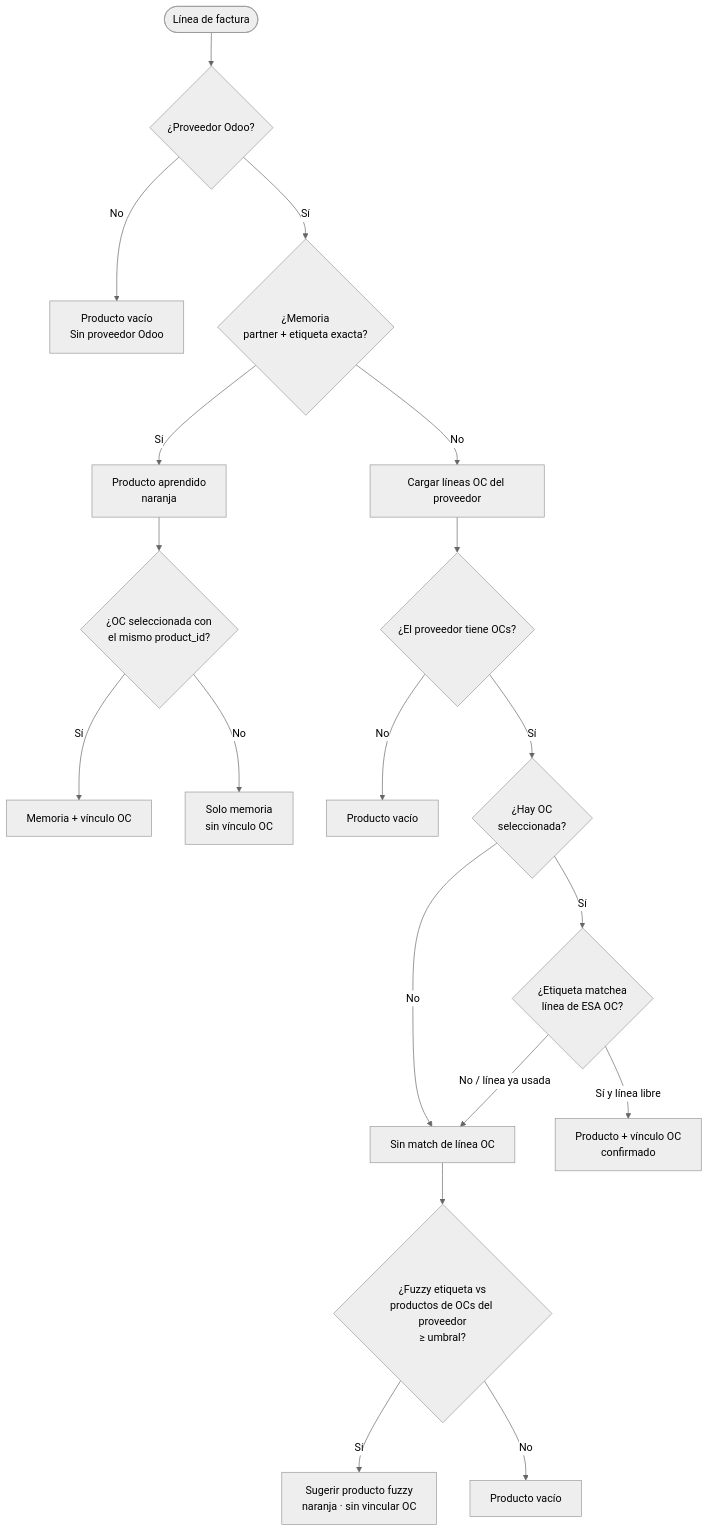
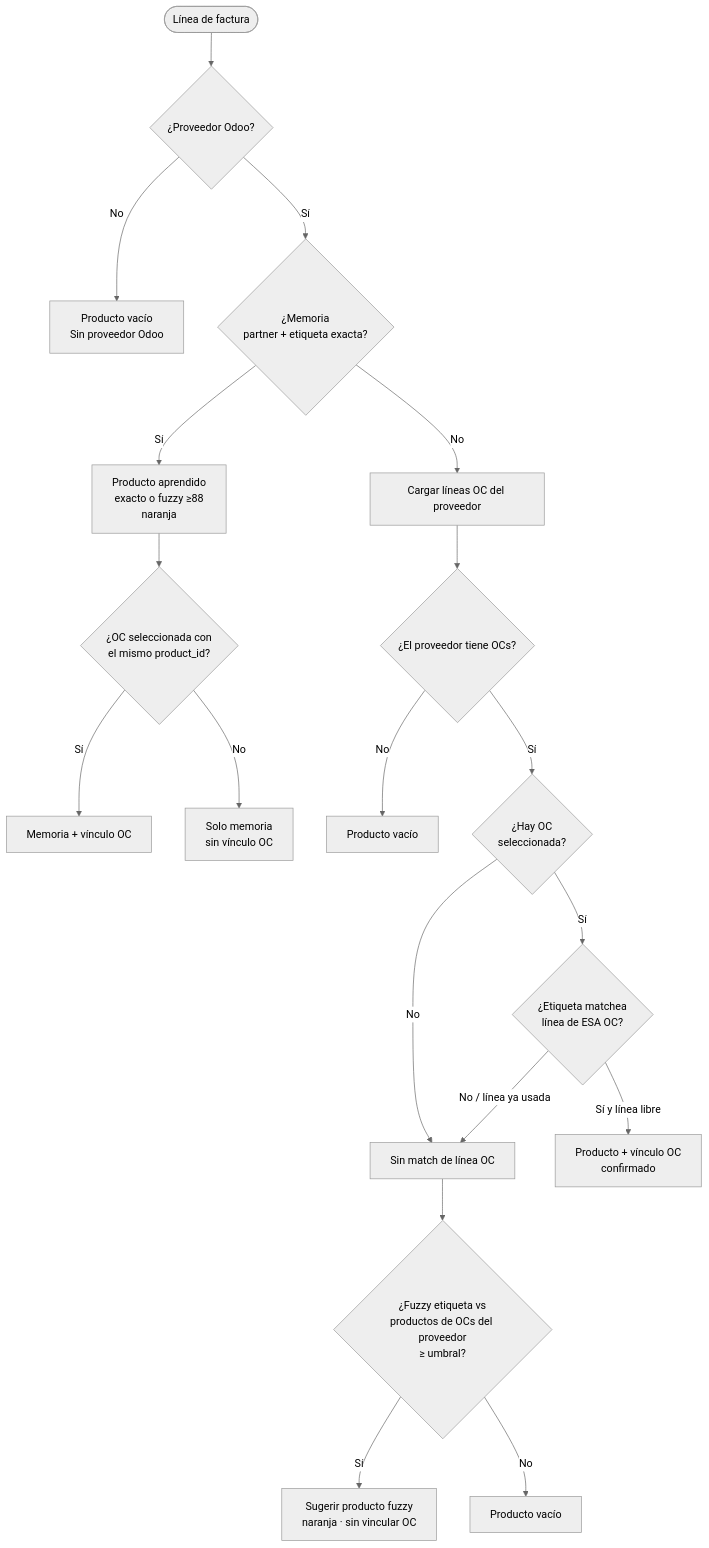
Before and after one commit to LezanaMauricioSebastian/facturias_matching: the second of 2 diagrams in docs/README.md, drawn with Mermaid (neutral theme). The commit also changed 3 other files, not shown here.

````diff
--- a/docs/README.md
+++ b/docs/README.md
@@ -105,21 +105,21 @@
 ```mermaid
 flowchart TD
   start([Línea de factura]) --> hasPartner{¿Proveedor Odoo?}
   hasPartner -->|No| empty1[Producto vacío<br/>Sin proveedor Odoo]
   hasPartner -->|Sí| mem{¿Memoria<br/>partner + etiqueta exacta?}
-  mem -->|Sí| sugMem[Producto aprendido<br/>naranja]
+  mem -->|Sí| sugMem[Producto aprendido<br/>exacto o fuzzy ≥88<br/>naranja]
   sugMem --> sameOc{¿OC seleccionada con<br/>el mismo product_id?}
   sameOc -->|Sí| memPlusOc[Memoria + vínculo OC]
   sameOc -->|No| memOnly[Solo memoria<br/>sin vínculo OC]
   mem -->|No| fetchOC[Cargar líneas OC del proveedor]
   fetchOC --> hasOCs{¿El proveedor tiene OCs?}
   hasOCs -->|No| empty2[Producto vacío]
   hasOCs -->|Sí| hasSelOC{¿Hay OC<br/>seleccionada?}
   hasSelOC -->|Sí| matchOC{¿Etiqueta matchea<br/>línea de ESA OC?}
   hasSelOC -->|No| noOcMatch[Sin match de línea OC]
   matchOC -->|Sí y línea libre| linked[Producto + vínculo OC<br/>confirmado]
   matchOC -->|No / línea ya usada| noOcMatch
   noOcMatch --> fuzzy{¿Fuzzy etiqueta vs<br/>productos de OCs del proveedor<br/>≥ umbral?}
   fuzzy -->|Sí| sugFuzzy[Sugerir producto fuzzy<br/>naranja · sin vincular OC]
   fuzzy -->|No| empty3[Producto vacío]
 ```
````
